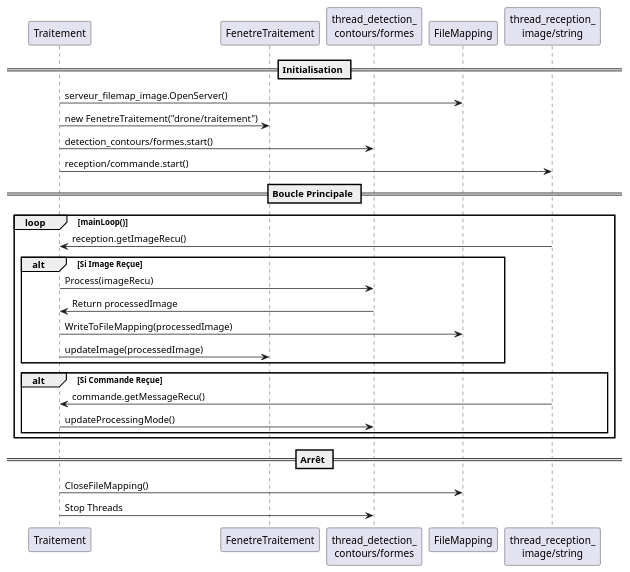
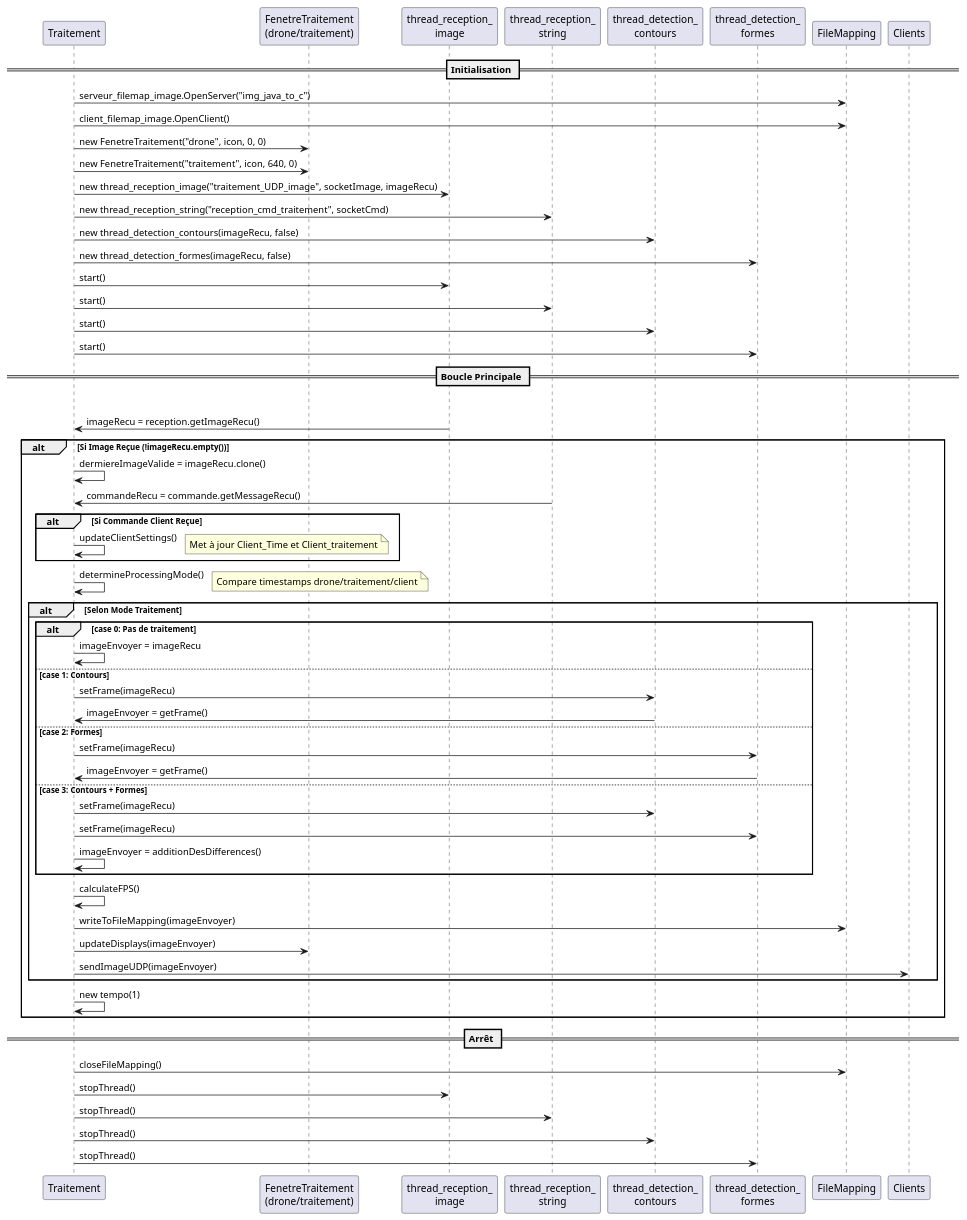
Before and after one commit to MIAOU2922/Projet_2025: the diagram in version_full_v3/drone_image_full/sequence_traitement.plantuml, drawn with PlantUML. The commit also changed 3 other files, not shown here.

Commit message:
update rapport et graph

```diff
--- a/version_full_v3/drone_image_full/sequence_traitement.plantuml
+++ b/version_full_v3/drone_image_full/sequence_traitement.plantuml
@@ -1,34 +1,76 @@
-@startuml traitement_sequence
+@startuml traitement_sequence_detailed
 participant "Traitement" as T
-participant "FenetreTraitement" as GUI
-participant "thread_detection_\ncontours/formes" as Detection
+participant "FenetreTraitement\n(drone/traitement)" as GUI
+participant "thread_reception_\nimage" as TRI
+participant "thread_reception_\nstring" as TRS 
+participant "thread_detection_\ncontours" as TDC
+participant "thread_detection_\nformes" as TDF
 participant "FileMapping" as FM
-participant "thread_reception_\nimage/string" as Threads
+participant "Clients" as C
 
 == Initialisation ==
-T -> FM: serveur_filemap_image.OpenServer()
-T -> GUI: new FenetreTraitement("drone/traitement")
-T -> Detection: detection_contours/formes.start()
-T -> Threads: reception/commande.start()
+T -> FM: serveur_filemap_image.OpenServer("img_java_to_c")
+T -> FM: client_filemap_image.OpenClient()
 
-== Boucle Principale == 
+T -> GUI: new FenetreTraitement("drone", icon, 0, 0)
+T -> GUI: new FenetreTraitement("traitement", icon, 640, 0)
+
+T -> TRI: new thread_reception_image("traitement_UDP_image", socketImage, imageRecu)
+T -> TRS: new thread_reception_string("reception_cmd_traitement", socketCmd)
+T -> TDC: new thread_detection_contours(imageRecu, false)
+T -> TDF: new thread_detection_formes(imageRecu, false)
+
+T -> TRI: start()
+T -> TRS: start()
+T -> TDC: start()
+T -> TDF: start()
+
+== Boucle Principale ==
 loop mainLoop()
-    Threads -> T: reception.getImageRecu()
+    TRI -> T: imageRecu = reception.getImageRecu()
     
-    alt Si Image Reçue
-        T -> Detection: Process(imageRecu)
-        Detection -> T: Return processedImage
-        T -> FM: WriteToFileMapping(processedImage)
-        T -> GUI: updateImage(processedImage)
+    alt Si Image Reçue (!imageRecu.empty())
+        T -> T: dermiereImageValide = imageRecu.clone()
+        
+        TRS -> T: commandeRecu = commande.getMessageRecu()
+        alt Si Commande Client Reçue
+            T -> T: updateClientSettings()
+            note right: Met à jour Client_Time et Client_traitement
+        end
+        
+        T -> T: determineProcessingMode()
+        note right: Compare timestamps drone/traitement/client
+        
+        alt Selon Mode Traitement
+            alt case 0: Pas de traitement
+                T -> T: imageEnvoyer = imageRecu
+            else case 1: Contours
+                T -> TDC: setFrame(imageRecu)
+                TDC -> T: imageEnvoyer = getFrame()
+            else case 2: Formes
+                T -> TDF: setFrame(imageRecu)
+                TDF -> T: imageEnvoyer = getFrame()
+            else case 3: Contours + Formes
+                T -> TDC: setFrame(imageRecu)
+                T -> TDF: setFrame(imageRecu)
+                T -> T: imageEnvoyer = additionDesDifferences()
+        end
+        
+        T -> T: calculateFPS()
+        
+        T -> FM: writeToFileMapping(imageEnvoyer)
+        T -> GUI: updateDisplays(imageEnvoyer)
+        T -> C: sendImageUDP(imageEnvoyer)
     end
     
-    alt Si Commande Reçue
-        Threads -> T: commande.getMessageRecu()
-        T -> Detection: updateProcessingMode()
-    end
+    T -> T: new tempo(1)
 end
 
 == Arrêt ==
-T -> FM: CloseFileMapping()
-T -> Detection: Stop Threads
+T -> FM: closeFileMapping()
+T -> TRI: stopThread()
+T -> TRS: stopThread()
+T -> TDC: stopThread()
+T -> TDF: stopThread()
+
 @enduml
```
